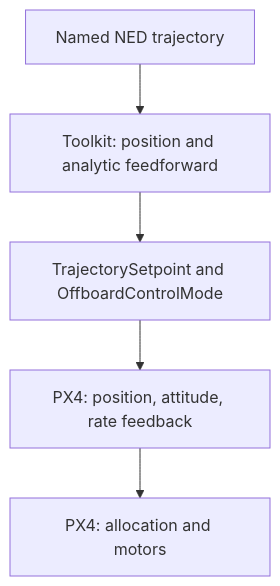
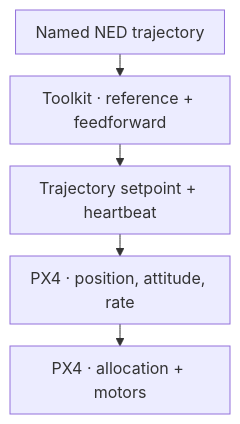
Before and after one commit to ANCL/px4-dev-toolkit: the diagram in docs/controllers/offboard-position.md, drawn with Mermaid. The commit also changed 41 other files, not shown here.

Commit message:
docs: refine typography, diagrams, and editorial presentation

````diff
--- a/docs/controllers/offboard-position.md
+++ b/docs/controllers/offboard-position.md
@@ -5,7 +5,16 @@
 ```mermaid
+---
+config:
+  flowchart:
+    useMaxWidth: false
+    wrappingWidth: 180
+    padding: 10
+    rankSpacing: 22
+    nodeSpacing: 24
+---
 flowchart TB
-    T[Named NED trajectory] --> N[Toolkit: position and analytic feedforward]
-    N --> S[TrajectorySetpoint and OffboardControlMode]
-    S --> P[PX4: position, attitude, rate feedback]
-    P --> A[PX4: allocation and motors]
+    T["Named NED trajectory"] --> N["Toolkit · reference + feedforward"]
+    N --> S["Trajectory setpoint + heartbeat"]
+    S --> P["PX4 · position, attitude, rate"]
+    P --> A["PX4 · allocation + motors"]
 ```
````
